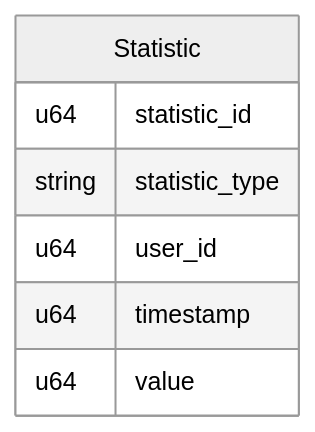
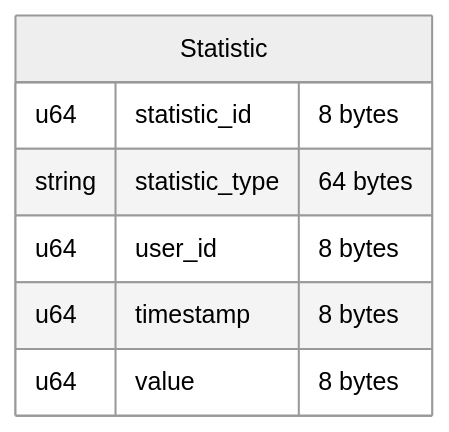
One commit to brpandey/leetcode-notes changed the second of 2 diagrams in sys-design/hacking/24_url_shortener.md. Above: the diagram before and after it, drawn with Mermaid (neutral theme). The commit also changed other lines of this file and 16 other files, not shown here.

Commit message:
Added schema data type sizes

````diff
--- a/sys-design/hacking/24_url_shortener.md
+++ b/sys-design/hacking/24_url_shortener.md
@@ -135,10 +150,10 @@
    ```mermaid
    erDiagram
        Statistic {
-        u64 statistic_id
-        string statistic_type
-        u64 user_id
-        u64 timestamp
-        u64 value
+        u64 statistic_id "8 bytes"
+        string statistic_type "64 bytes"
+        u64 user_id "8 bytes"
+        u64 timestamp "8 bytes"
+        u64 value "8 bytes"
     }
     ```
````
